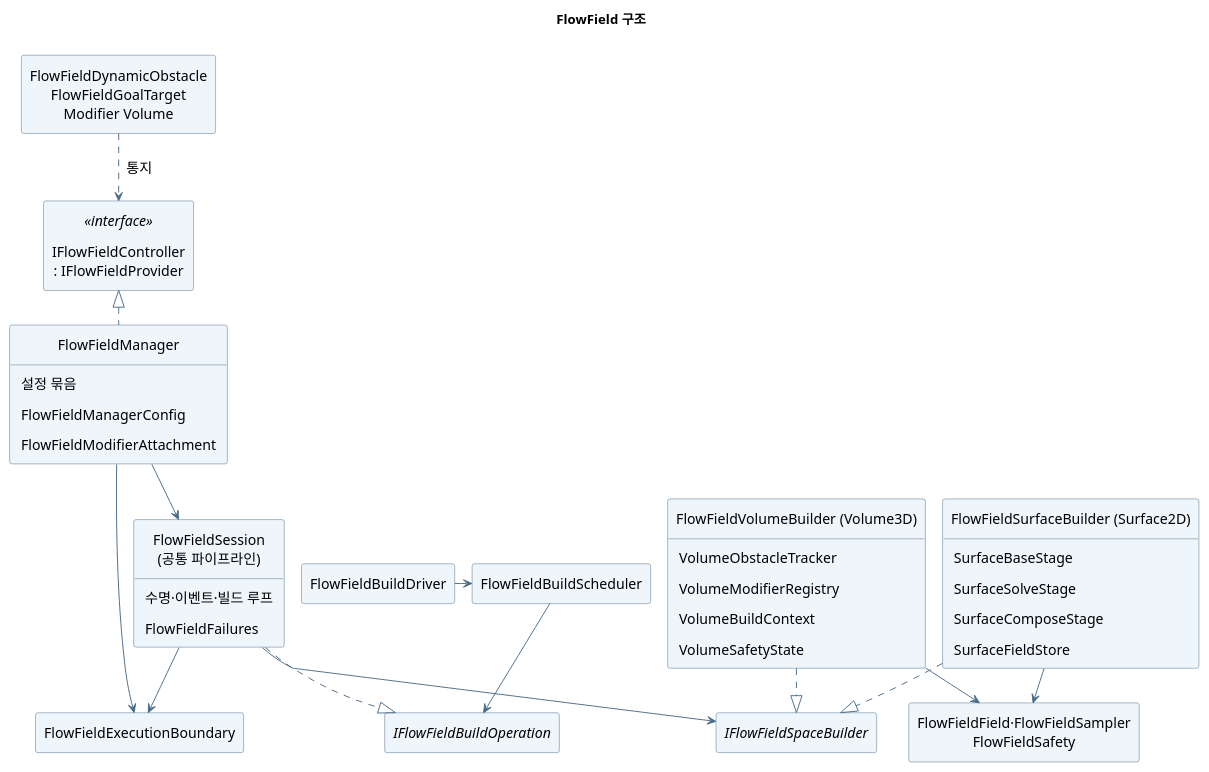
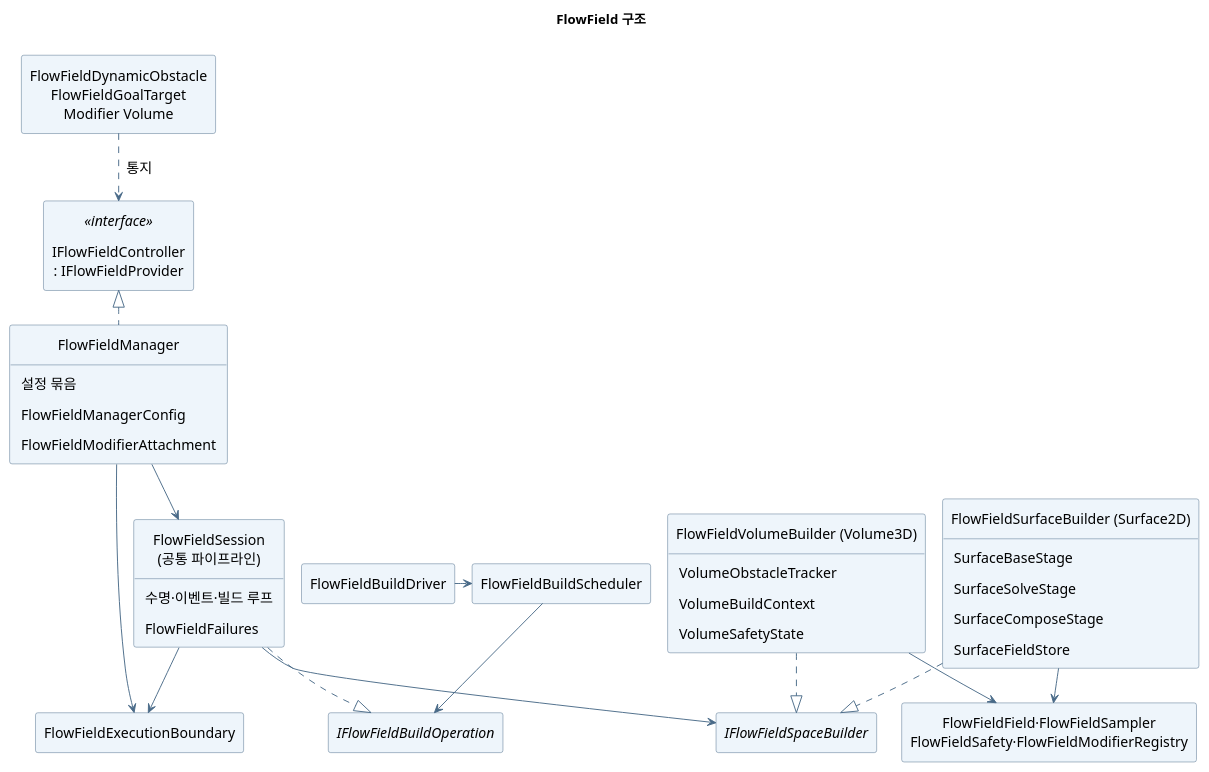
Before and after one commit to youwonsock/tool-unity-editor: the diagram in ToyProject/Assets/_FlowField/Docs/flowfield-structure.puml, drawn with PlantUML. The commit also changed 19 other files, not shown here.

```diff
--- a/ToyProject/Assets/_FlowField/Docs/flowfield-structure.puml
+++ b/ToyProject/Assets/_FlowField/Docs/flowfield-structure.puml
@@ -1,57 +1,56 @@
 @startuml flowfield-structure
 !pragma layout smetana
 skinparam shadowing false
 skinparam defaultFontName "Apple SD Gothic Neo"
 skinparam defaultFontSize 15
 skinparam ArrowColor #496A88
 skinparam Padding 6
 skinparam classBackgroundColor #EEF5FB
 skinparam classBorderColor #496A88
 hide empty members
 hide circle
 title FlowField 구조
 
 class "IFlowFieldController\n: IFlowFieldProvider" as API <<interface>>
 class FlowFieldManager {
   설정 묶음
   FlowFieldManagerConfig
   FlowFieldModifierAttachment
 }
 class FlowFieldExecutionBoundary
 class FlowFieldBuildDriver
 class FlowFieldBuildScheduler
 interface IFlowFieldBuildOperation
 class "FlowFieldSession\n(공통 파이프라인)" as Session {
   수명·이벤트·빌드 루프
   FlowFieldFailures
 }
 interface IFlowFieldSpaceBuilder
 class "FlowFieldSurfaceBuilder (Surface2D)" as Surface {
   SurfaceBaseStage
   SurfaceSolveStage
   SurfaceComposeStage
   SurfaceFieldStore
 }
 class "FlowFieldVolumeBuilder (Volume3D)" as Volume {
   VolumeObstacleTracker
-  VolumeModifierRegistry
   VolumeBuildContext
   VolumeSafetyState
 }
-class "FlowFieldField·FlowFieldSampler\nFlowFieldSafety" as Shared
+class "FlowFieldField·FlowFieldSampler\nFlowFieldSafety·FlowFieldModifierRegistry" as Shared
 class "FlowFieldDynamicObstacle\nFlowFieldGoalTarget\nModifier Volume" as Components
 
 FlowFieldManager .up.|> API
 FlowFieldManager --> Session
 FlowFieldManager --> FlowFieldExecutionBoundary
 Components ..> API : 통지
 Session --> IFlowFieldSpaceBuilder
 Surface ..|> IFlowFieldSpaceBuilder
 Volume ..|> IFlowFieldSpaceBuilder
 Surface --> Shared
 Volume --> Shared
 Session --> FlowFieldExecutionBoundary
 Session ..|> IFlowFieldBuildOperation
 FlowFieldBuildScheduler --> IFlowFieldBuildOperation
 FlowFieldBuildDriver -right-> FlowFieldBuildScheduler
 @enduml
```
